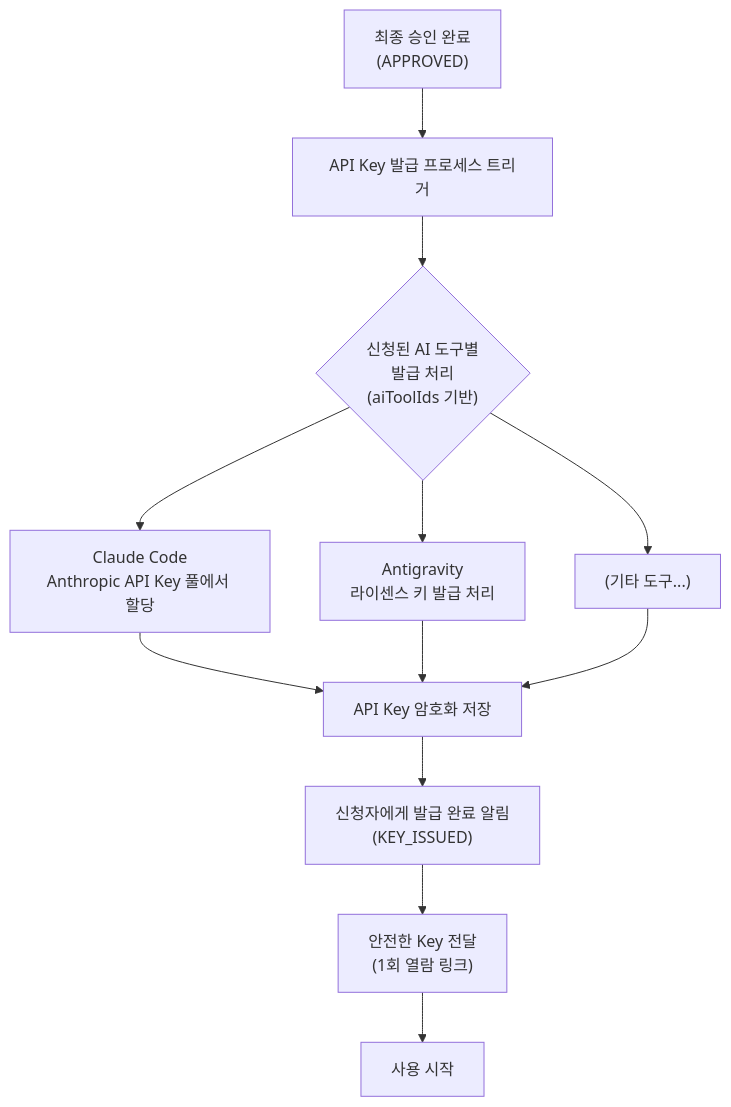
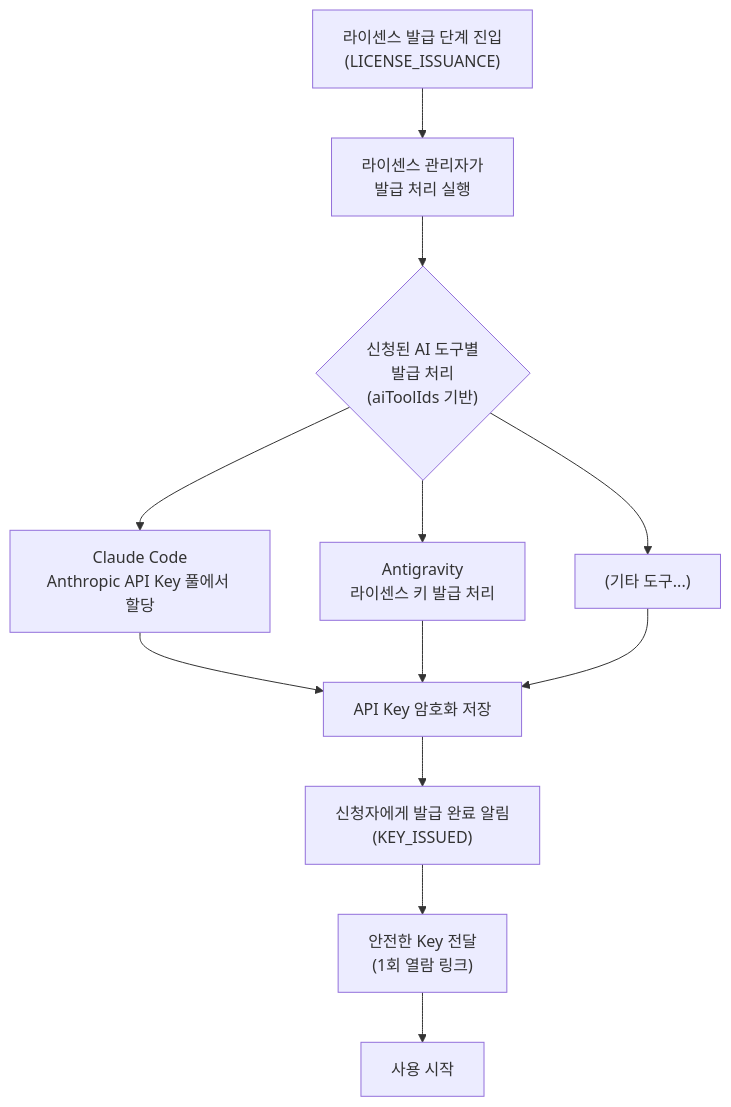
Before and after one commit to nuriguri1228/codehub-manage-aitool: the seventh of 11 diagrams in docs/01_프로젝트_기획안.md, drawn with Mermaid. The commit also changed other lines of this file and 10 other files, not shown here.

First line of the commit message:
Implement LICENSE_ISSUANCE feature and update all docs to new review flow

````diff
--- a/docs/01_프로젝트_기획안.md
+++ b/docs/01_프로젝트_기획안.md
@@ -893,14 +879,14 @@
 ```mermaid
 flowchart TD
-    A["최종 승인 완료<br/>(APPROVED)"] --> B["API Key 발급 프로세스 트리거"]
+    A["라이센스 발급 단계 진입<br/>(LICENSE_ISSUANCE)"] --> B["라이센스 관리자가<br/>발급 처리 실행"]
     B --> C{"신청된 AI 도구별<br/>발급 처리<br/>(aiToolIds 기반)"}
     C --> C1["Claude Code<br/>Anthropic API Key 풀에서 할당"]
     C --> C2["Antigravity<br/>라이센스 키 발급 처리"]
     C --> C3["(기타 도구...)"]
     C1 --> D["API Key 암호화 저장"]
     C2 --> D
     C3 --> D
     D --> E["신청자에게 발급 완료 알림<br/>(KEY_ISSUED)"]
     E --> F["안전한 Key 전달<br/>(1회 열람 링크)"]
     F --> G["사용 시작"]
 ```
````
